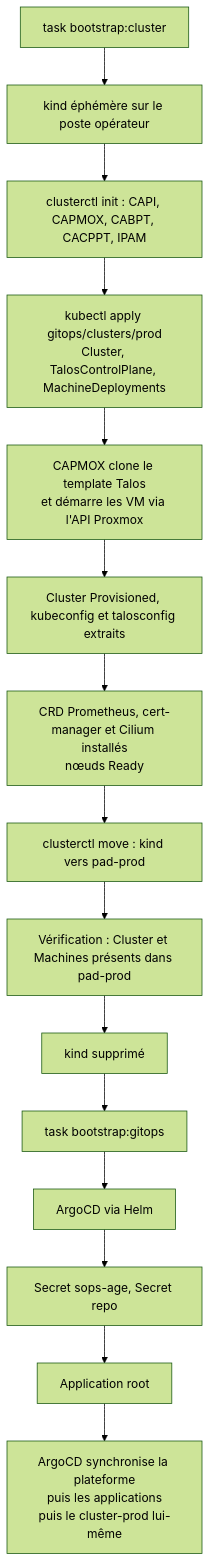
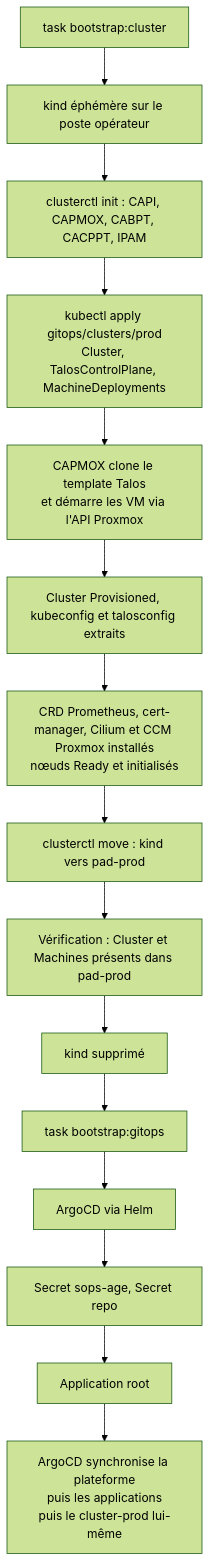
The diagram in docs/architecture/bootstrap.md (kim-tsr/penetrate-and-destroy), drawn with Mermaid (forest theme) before and after one commit. The commit also changed other lines of this file and 20 other files, not shown here.

````diff
--- a/docs/architecture/bootstrap.md
+++ b/docs/architecture/bootstrap.md
@@ -7,17 +7,17 @@
 ```mermaid
 flowchart TD
     A[task bootstrap:cluster] --> B[kind éphémère sur le poste opérateur]
     B --> C[clusterctl init : CAPI, CAPMOX, CABPT, CACPPT, IPAM]
     C --> D[kubectl apply gitops/clusters/prod<br/>Cluster, TalosControlPlane, MachineDeployments]
     D --> E[CAPMOX clone le template Talos<br/>et démarre les VM via l'API Proxmox]
     E --> F[Cluster Provisioned, kubeconfig et talosconfig extraits]
-    F --> G[CRD Prometheus, cert-manager et Cilium installés<br/>nœuds Ready]
+    F --> G[CRD Prometheus, cert-manager, Cilium et CCM Proxmox installés<br/>nœuds Ready et initialisés]
     G --> H[clusterctl move : kind vers pad-prod]
     H --> I[Vérification : Cluster et Machines présents dans pad-prod]
     I --> J[kind supprimé]
     J --> K[task bootstrap:gitops]
     K --> L[ArgoCD via Helm]
     L --> M[Secret sops-age, Secret repo]
     M --> N[Application root]
     N --> O[ArgoCD synchronise la plateforme<br/>puis les applications<br/>puis le cluster-prod lui-même]
 ```
````
